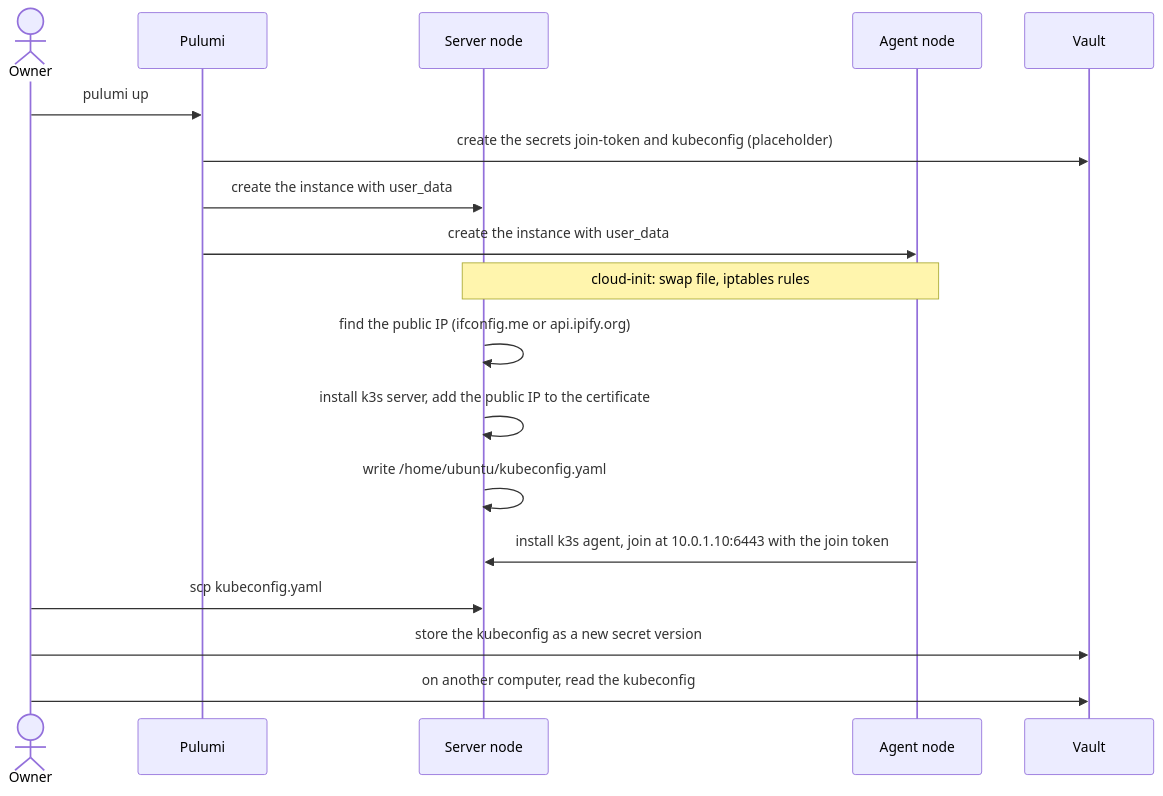
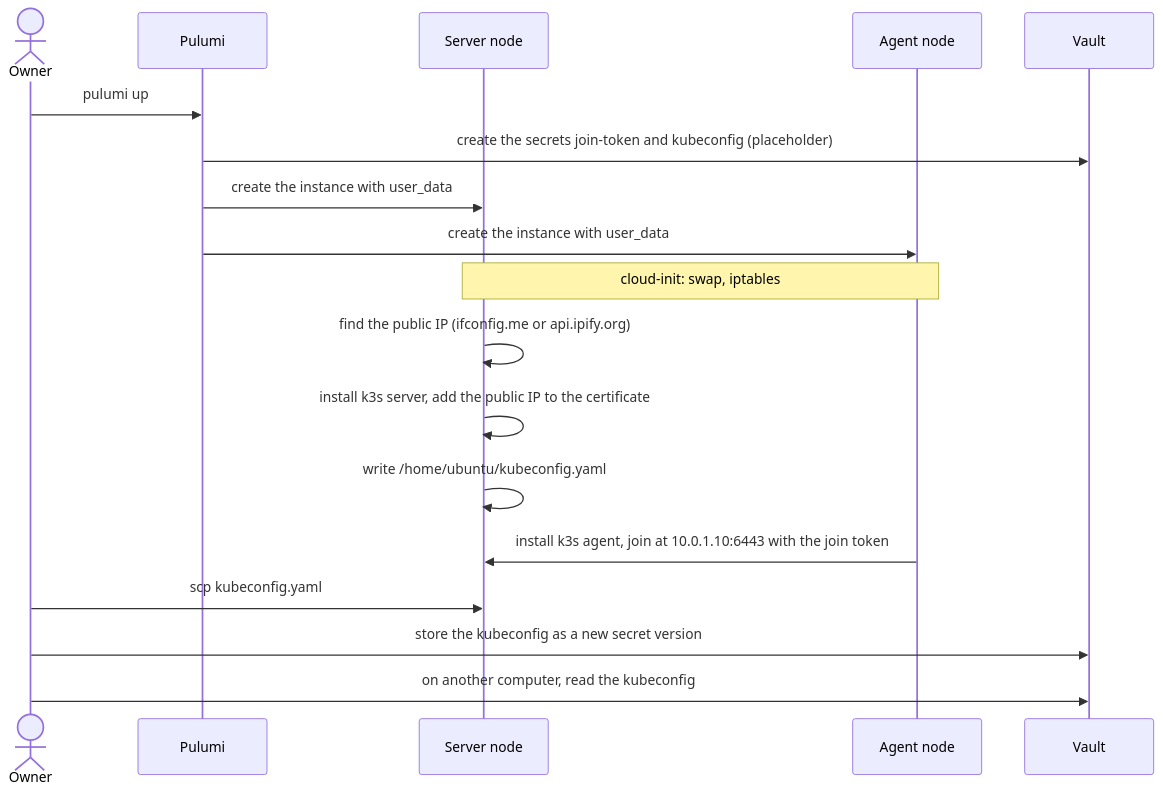
One commit to DeV1L/oracle-cloud-k3s changed the third of 3 diagrams in docs/ARCHITECTURE.md. Above: the diagram before and after it, drawn with Mermaid. The commit also changed 8 other files, not shown here.

Commit message:
network: firewall only on OCI, no iptables rules

````diff
--- a/docs/ARCHITECTURE.md
+++ b/docs/ARCHITECTURE.md
@@ -105,21 +105,21 @@
 ```mermaid
 sequenceDiagram
     actor Owner
     participant Pulumi
     participant Server as Server node
     participant Agent as Agent node
     participant Vault
 
     Owner->>Pulumi: pulumi up
     Pulumi->>Vault: create the secrets join-token and kubeconfig (placeholder)
     Pulumi->>Server: create the instance with user_data
     Pulumi->>Agent: create the instance with user_data
-    Note over Server,Agent: cloud-init: swap file, iptables rules
+    Note over Server,Agent: cloud-init: swap, iptables
     Server->>Server: find the public IP (ifconfig.me or api.ipify.org)
     Server->>Server: install k3s server, add the public IP to the certificate
     Server->>Server: write /home/ubuntu/kubeconfig.yaml
     Agent->>Server: install k3s agent, join at 10.0.1.10:6443 with the join token
     Owner->>Server: scp kubeconfig.yaml
     Owner->>Vault: store the kubeconfig as a new secret version
     Owner->>Vault: on another computer, read the kubeconfig
 ```
````
